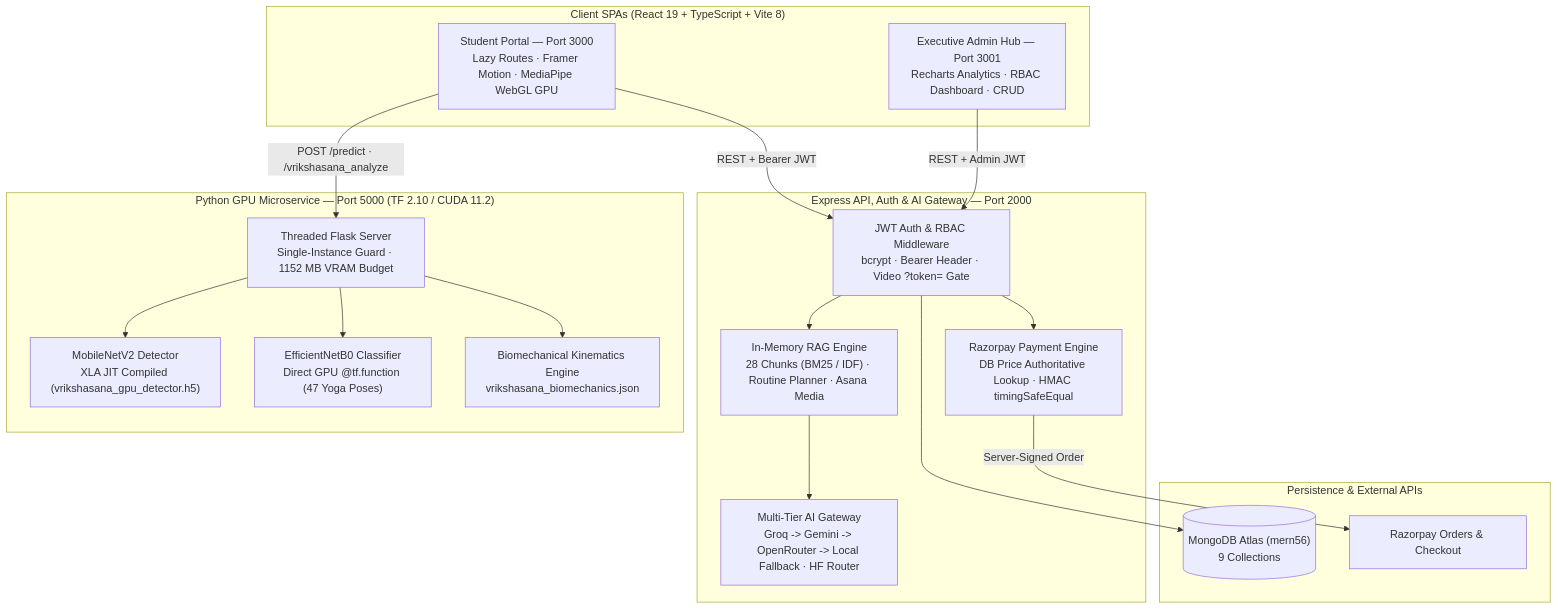
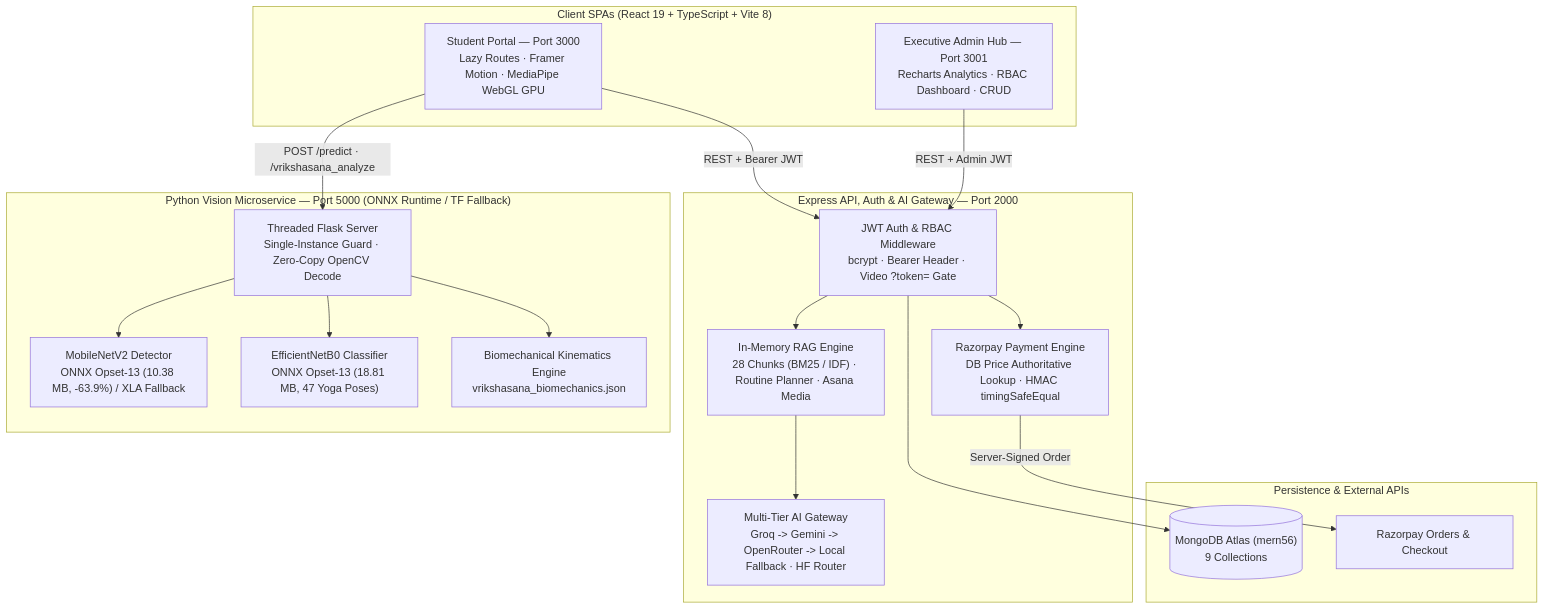
The diagram in README.md (Abhiroop001/yogashrini), drawn with Mermaid before and after one commit. The commit also changed other lines of this file and 2 other files, not shown here.

Commit message:
perf(python-backend): migrate to tf2onnx opset-13 production runtime with -63.9% artifact reduction and TF XLA fallback

````diff
--- a/README.md
+++ b/README.md
@@ -67,38 +67,38 @@
 ```mermaid
 flowchart TB
     subgraph Clients ["Client SPAs (React 19 + TypeScript + Vite 8)"]
         WebSPA["Student Portal — Port 3000<br/>Lazy Routes · Framer Motion · MediaPipe WebGL GPU"]
         AdminSPA["Executive Admin Hub — Port 3001<br/>Recharts Analytics · RBAC Dashboard · CRUD"]
     end
 
     subgraph NodeAPI ["Express API, Auth & AI Gateway — Port 2000"]
         Auth["JWT Auth & RBAC Middleware<br/>bcrypt · Bearer Header · Video ?token= Gate"]
         Pay["Razorpay Payment Engine<br/>DB Price Authoritative Lookup · HMAC timingSafeEqual"]
         RAG["In-Memory RAG Engine<br/>28 Chunks (BM25 / IDF) · Routine Planner · Asana Media"]
         LLM["Multi-Tier AI Gateway<br/>Groq -> Gemini -> OpenRouter -> Local Fallback · HF Router"]
     end
 
-    subgraph PythonGPU ["Python GPU Microservice — Port 5000 (TF 2.10 / CUDA 11.2)"]
-        Flask["Threaded Flask Server<br/>Single-Instance Guard · 1152 MB VRAM Budget"]
-        VrikCNN["MobileNetV2 Detector<br/>XLA JIT Compiled (vrikshasana_gpu_detector.h5)"]
-        EffCNN["EfficientNetB0 Classifier<br/>Direct GPU @tf.function (47 Yoga Poses)"]
+    subgraph PythonGPU ["Python Vision Microservice — Port 5000 (ONNX Runtime / TF Fallback)"]
+        Flask["Threaded Flask Server<br/>Single-Instance Guard · Zero-Copy OpenCV Decode"]
+        VrikCNN["MobileNetV2 Detector<br/>ONNX Opset-13 (10.38 MB, -63.9%) / XLA Fallback"]
+        EffCNN["EfficientNetB0 Classifier<br/>ONNX Opset-13 (18.81 MB, 47 Yoga Poses)"]
         Biomech["Biomechanical Kinematics Engine<br/>vrikshasana_biomechanics.json"]
     end
 
     subgraph Data ["Persistence & External APIs"]
         Mongo[("MongoDB Atlas (mern56)<br/>9 Collections")]
         RZP["Razorpay Orders & Checkout"]
     end
 
     WebSPA -->|"REST + Bearer JWT"| Auth
     AdminSPA -->|"REST + Admin JWT"| Auth
     Auth --> Pay
     Auth --> RAG
     Auth --> Mongo
     Pay -->|"Server-Signed Order"| RZP
     RAG --> LLM
     WebSPA -->|"POST /predict · /vrikshasana_analyze"| Flask
     Flask --> VrikCNN
     Flask --> EffCNN
     Flask --> Biomech
 ```
````
